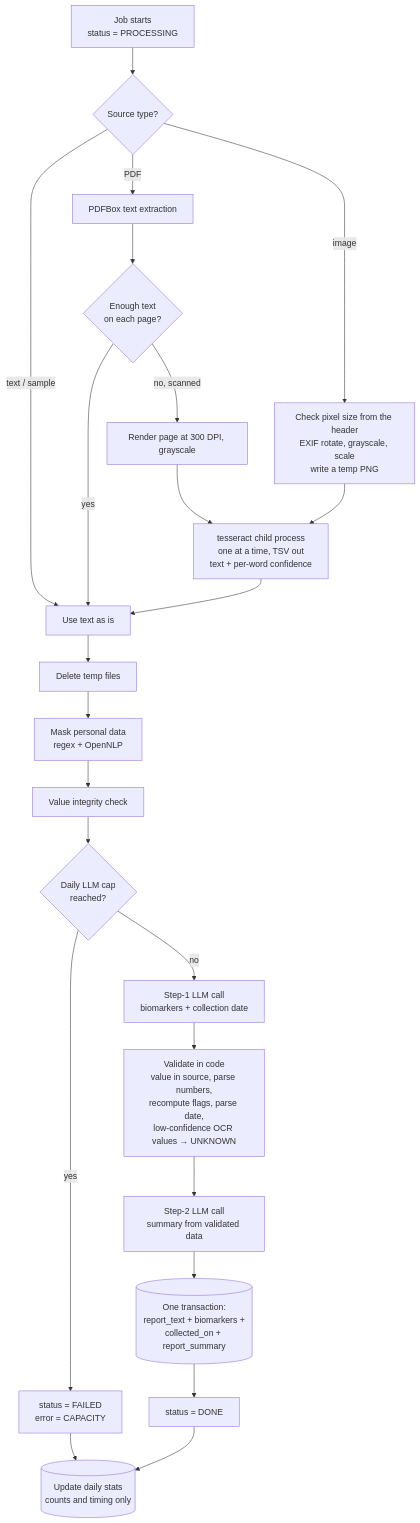
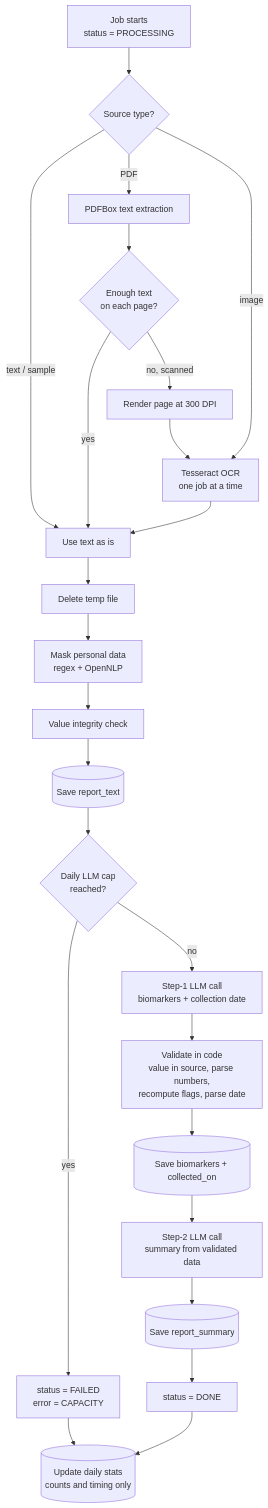
The tenth of 20 diagrams in docs/dataflow.md (SaqibCod/medi-scan), drawn with Mermaid before and after one commit. The commit also changed other lines of this file and 774 other files, not shown here.

````diff
--- a/docs/dataflow.md
+++ b/docs/dataflow.md
@@ -382,24 +376,25 @@
 ```mermaid
 flowchart TD
     S["Job starts<br/>status = PROCESSING"] --> T{"Source type?"}
     T -->|"text / sample"| RT["Use text as is"]
     T -->|"PDF"| PDF["PDFBox text extraction"]
-    T -->|"image"| PREP["Check pixel size from the header<br/>EXIF rotate, grayscale, scale<br/>write a temp PNG"]
-    PREP --> OCR["tesseract child process<br/>one at a time, TSV out<br/>text + per-word confidence"]
+    T -->|"image"| OCR["Tesseract OCR<br/>one job at a time"]
     PDF --> CHK{"Enough text<br/>on each page?"}
     CHK -->|"yes"| RT
-    CHK -->|"no, scanned"| RENDER["Render page at 300 DPI, grayscale"] --> OCR
+    CHK -->|"no, scanned"| RENDER["Render page at 300 DPI"] --> OCR
     OCR --> RT
-    RT --> DEL["Delete temp files"]
+    RT --> DEL["Delete temp file"]
     DEL --> MASK["Mask personal data<br/>regex + OpenNLP"]
     MASK --> INT["Value integrity check"]
-    INT --> CAP{"Daily LLM cap<br/>reached?"}
+    INT --> SAVE1[("Save report_text")]
+    SAVE1 --> CAP{"Daily LLM cap<br/>reached?"}
     CAP -->|"yes"| FAIL["status = FAILED<br/>error = CAPACITY"]
     CAP -->|"no"| L1["Step-1 LLM call<br/>biomarkers + collection date"]
-    L1 --> V["Validate in code<br/>value in source, parse numbers,<br/>recompute flags, parse date,<br/>low-confidence OCR values → UNKNOWN"]
-    V --> L2["Step-2 LLM call<br/>summary from validated data"]
-    L2 --> SAVE[("One transaction:<br/>report_text + biomarkers +<br/>collected_on + report_summary")]
-    SAVE --> DONE["status = DONE"]
+    L1 --> V["Validate in code<br/>value in source, parse numbers,<br/>recompute flags, parse date"]
+    V --> SAVE2[("Save biomarkers + collected_on")]
+    SAVE2 --> L2["Step-2 LLM call<br/>summary from validated data"]
+    L2 --> SAVE3[("Save report_summary")]
+    SAVE3 --> DONE["status = DONE"]
     DONE --> STATS[("Update daily stats<br/>counts and timing only")]
     FAIL --> STATS
 ```
````
